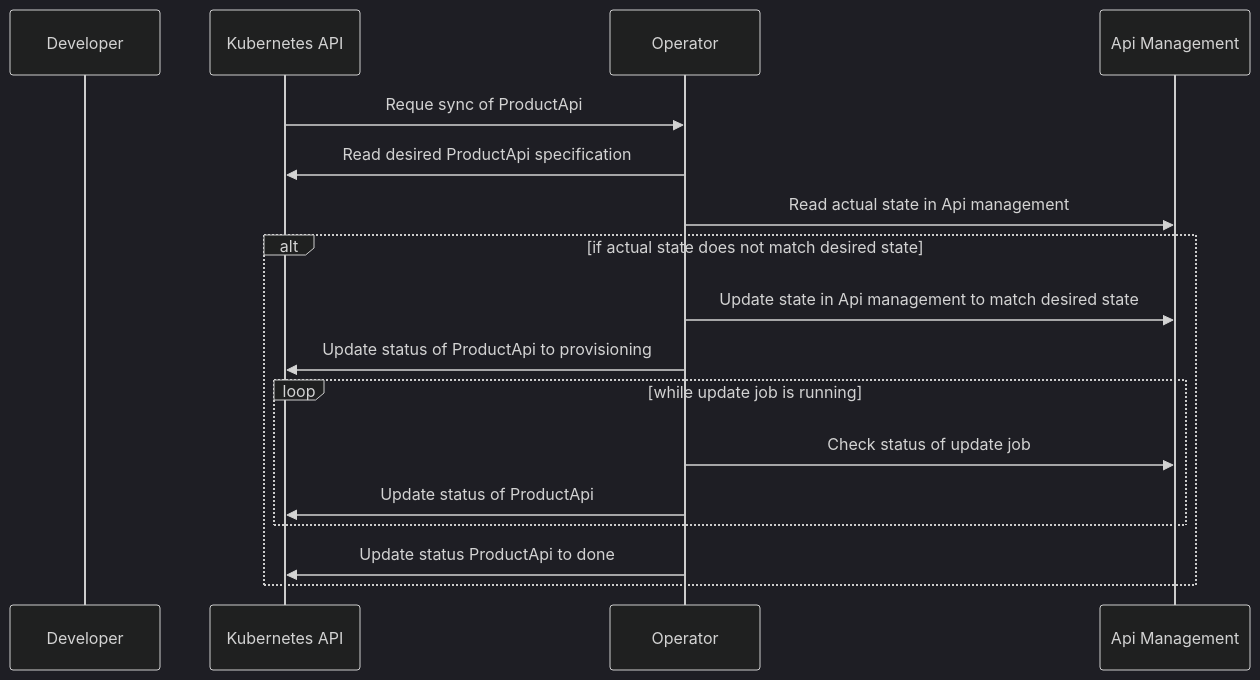
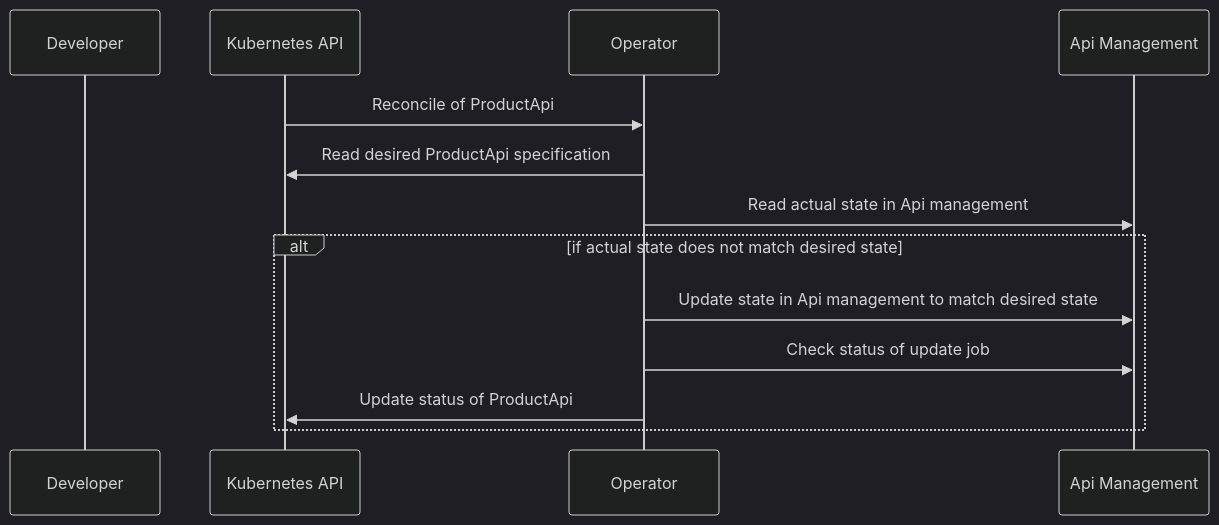
Before and after one commit to Altinn/altinn-platform: the third of 4 diagrams in rfcs/0000-operator-managed-apim-config.md, drawn with Mermaid (dark theme). The commit also changed other lines of this file, not shown here.

Commit message:
fix: make the diagrams better reflect actual behavior and add simplified disclaimer

````diff
--- a/rfcs/0000-operator-managed-apim-config.md
+++ b/rfcs/0000-operator-managed-apim-config.md
@@ -163,19 +161,15 @@
 ```mermaid
 sequenceDiagram
 participant dev as Developer
 participant kapi as Kubernetes API
 participant ctrl as Operator
 participant apim as Api Management
-kapi ->> ctrl: Reque sync of ProductApi
+kapi ->> ctrl: Reconcile of ProductApi
 ctrl ->> kapi: Read desired ProductApi specification
 ctrl ->> apim: Read actual state in Api management
 alt if actual state does not match desired state
   ctrl ->> apim: Update state in Api management to match desired state
-  ctrl ->> kapi: Update status of ProductApi to provisioning
-  loop while update job is running
-    ctrl ->> apim: Check status of update job
-    ctrl ->> kapi: Update status of ProductApi
-  end
-  ctrl ->> kapi: Update status ProductApi to done
+  ctrl ->> apim: Check status of update job
+  ctrl ->> kapi: Update status of ProductApi
 end
 ```
````
